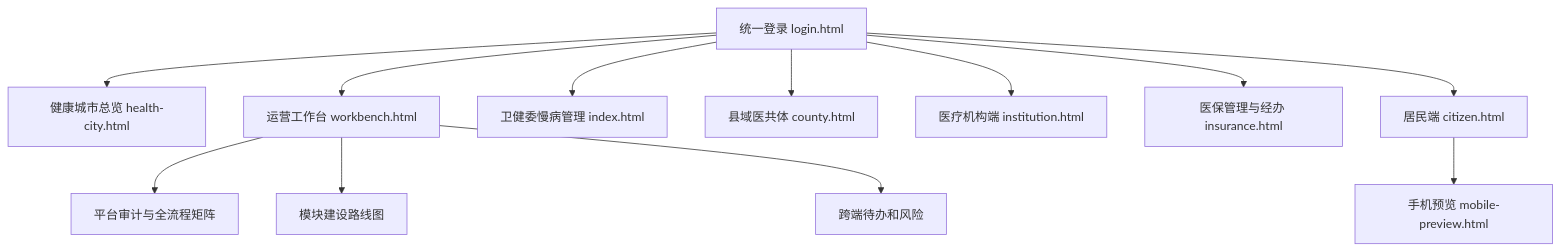
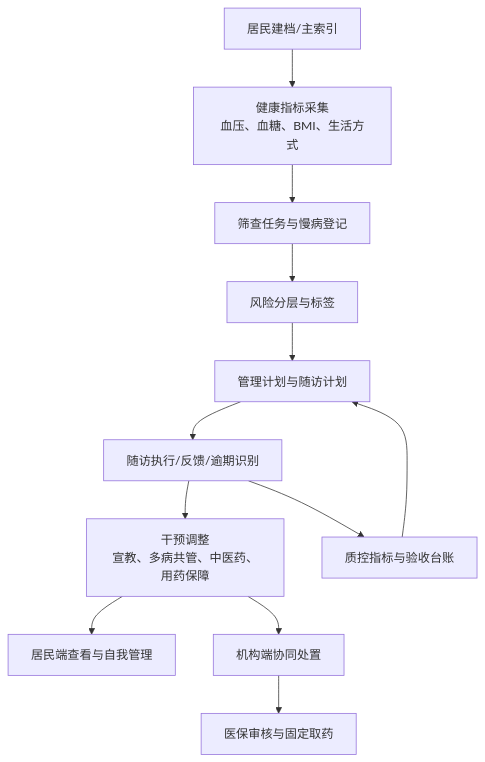
The third of 5 diagrams in docs/system-flow.md (xujiann/chronic-care-platform), drawn with Mermaid before and after one commit. The commit also changed other lines of this file and 16 other files, not shown here.

````diff
--- a/docs/system-flow.md
+++ b/docs/system-flow.md
@@ -9,15 +125,14 @@
 ```mermaid
 flowchart TB
-  Login["统一登录 login.html"] --> City["健康城市总览 health-city.html"]
-  Login --> Workbench["运营工作台 workbench.html"]
-  Login --> Chronic["卫健委慢病管理 index.html"]
-  Login --> County["县域医共体 county.html"]
-  Login --> Institution["医疗机构端 institution.html"]
-  Login --> Insurance["医保管理与经办 insurance.html"]
-  Login --> Citizen["居民端 citizen.html"]
-  Citizen --> Mobile["手机预览 mobile-preview.html"]
-
-  Workbench --> Audit["平台审计与全流程矩阵"]
-  Workbench --> Roadmap["模块建设路线图"]
-  Workbench --> Tasks["跨端待办和风险"]
+  R["居民建档/主索引"] --> M["健康指标采集<br/>血压、血糖、BMI、生活方式"]
+  M --> S["筛查任务与慢病登记"]
+  S --> Risk["风险分层与标签"]
+  Risk --> Plan["管理计划与随访计划"]
+  Plan --> Follow["随访执行/反馈/逾期识别"]
+  Follow --> Intervention["干预调整<br/>宣教、多病共管、中医药、用药保障"]
+  Intervention --> Resident["居民端查看与自我管理"]
+  Intervention --> Institution["机构端协同处置"]
+  Institution --> Insurance["医保审核与固定取药"]
+  Follow --> Quality["质控指标与验收台账"]
+  Quality --> Plan
 ```
````
